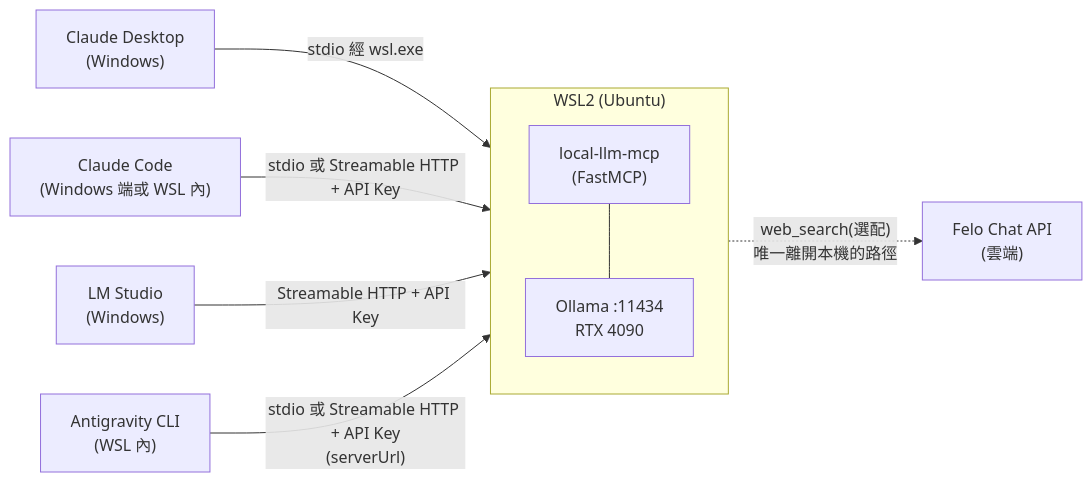
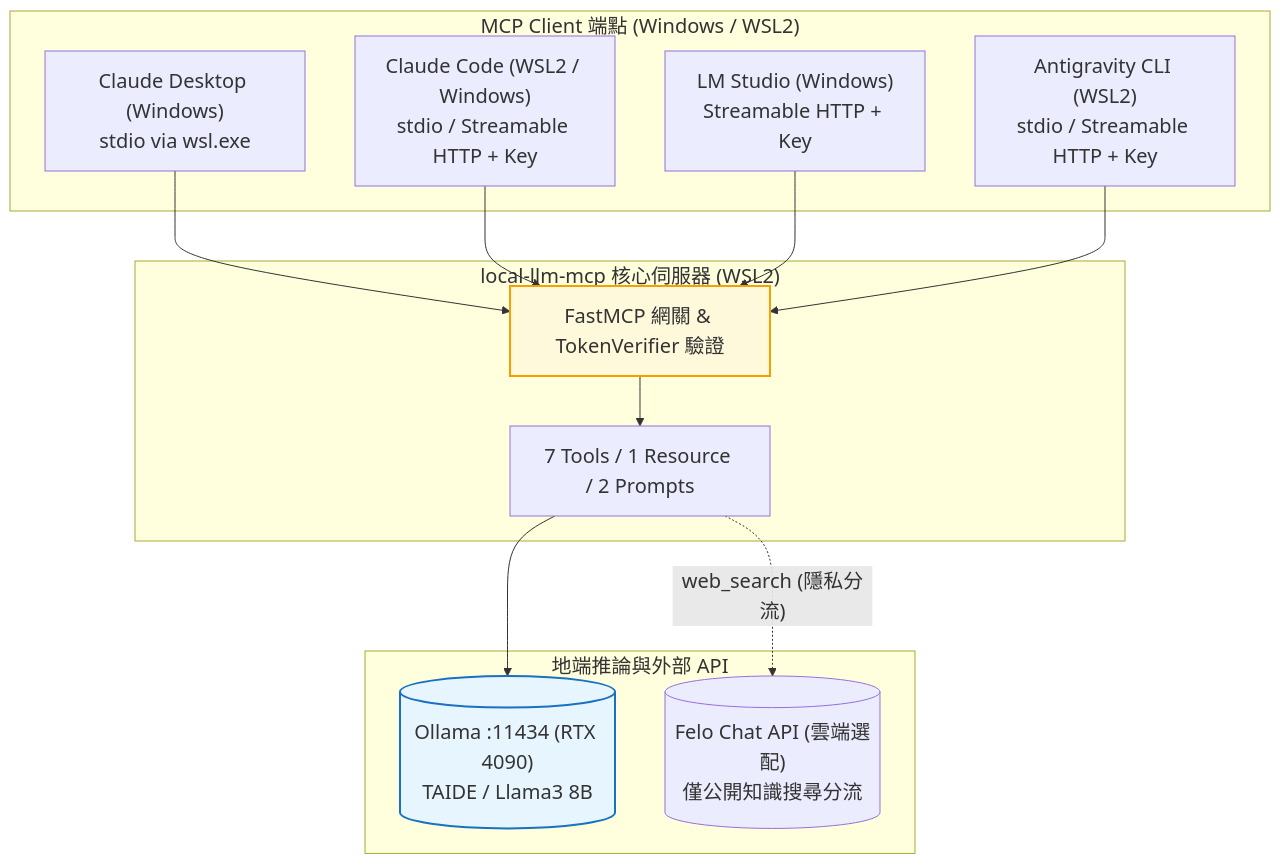
One commit to kuotunyu/local-llm-mcp changed the diagram in README.md. Above: the diagram before and after it, drawn with Mermaid. The commit also changed other lines of this file and 1 other file, not shown here.

Commit message:
docs: overhaul README with client screenshot matrix, 20px Mermaid flowchart, and update .gitignore

````diff
--- a/README.md
+++ b/README.md
@@ -35,15 +40,28 @@
 ```mermaid
-flowchart LR
-    subgraph WSL["WSL2 (Ubuntu)"]
-        direction TB
-        Server["local-llm-mcp<br/>(FastMCP)"]
-        Ollama["Ollama :11434<br/>RTX 4090"]
-        Server --- Ollama
+%%{init: {'themeVariables': {'fontSize': '20px'}}}%%
+flowchart TD
+    subgraph Clients ["MCP Client 端點 (Windows / WSL2)"]
+        CD["Claude Desktop (Windows)<br/>stdio via wsl.exe"]
+        CC["Claude Code (WSL2 / Windows)<br/>stdio / Streamable HTTP + Key"]
+        LMS["LM Studio (Windows)<br/>Streamable HTTP + Key"]
+        AG["Antigravity CLI (WSL2)<br/>stdio / Streamable HTTP + Key"]
     end
 
-    CD["Claude Desktop<br/>(Windows)"] -->|"stdio 經 wsl.exe"| Server
-    CC["Claude Code<br/>(Windows 端或 WSL 內)"] -->|"stdio 或 Streamable HTTP + API Key"| Server
-    LMS["LM Studio<br/>(Windows)"] -->|"Streamable HTTP + API Key"| Server
-    AG["Antigravity CLI<br/>(WSL 內)"] -->|"stdio 或 Streamable HTTP + API Key<br/>(serverUrl)"| Server
-    Server -.->|"web_search(選配)<br/>唯一離開本機的路徑"| Felo["Felo Chat API<br/>(雲端)"]
+    subgraph Server ["local-llm-mcp 核心伺服器 (WSL2)"]
+        API["FastMCP 網關 & TokenVerifier 驗證"]
+        TOOLS["7 Tools / 1 Resource / 2 Prompts"]
+        API --> TOOLS
+    end
+
+    subgraph Backend ["地端推論與外部 API"]
+        Ollama[("Ollama :11434 (RTX 4090)<br/>TAIDE / Llama3 8B")]
+        Felo[("Felo Chat API (雲端選配)<br/>僅公開知識搜尋分流")]
+    end
+
+    CD & CC & LMS & AG --> API
+    TOOLS --> Ollama
+    TOOLS -.->|"web_search (隱私分流)"| Felo
+
+    style API fill:#fff9db,stroke:#f59f00,stroke-width:2px
+    style Ollama fill:#e7f5ff,stroke:#1971c2,stroke-width:2px
 ```
````
